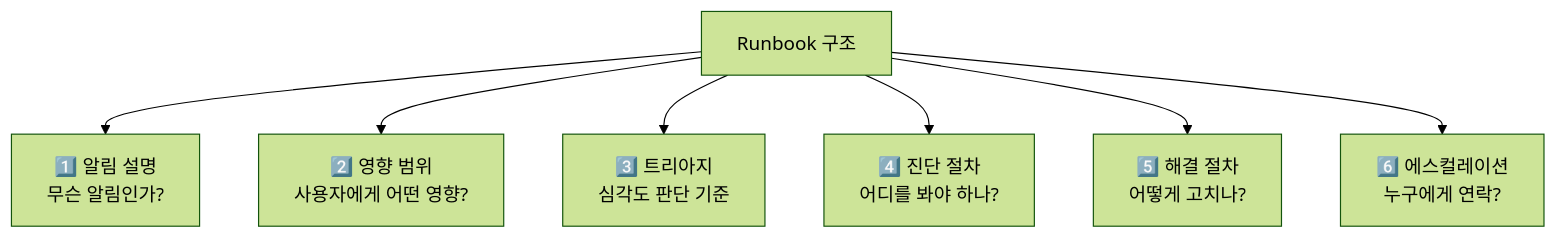
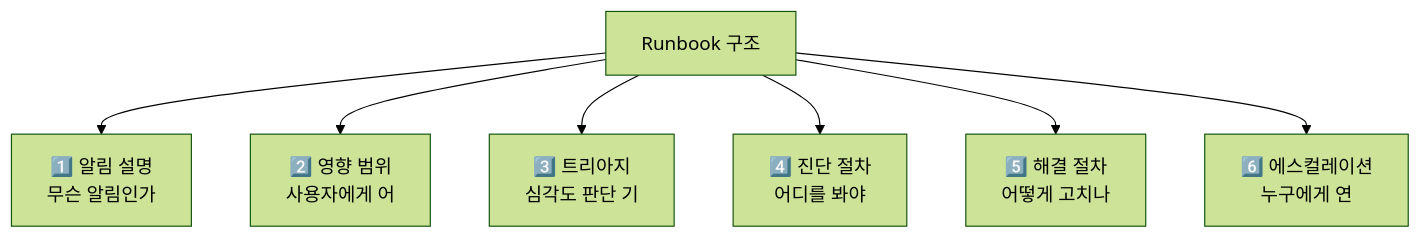
The seventh of 8 diagrams in _posts/monitoring/2026-05-03-sre-golden-signals.md (yjkim2015/yjkim2015.github.io), drawn with Mermaid (forest theme) before and after one commit. The commit also changed other lines of this file and 271 other files, not shown here.

First line of the commit message:
Mermaid 라벨 축소: 긴 노드 텍스트 18자 이하로 트림 + \n 제거

````diff
--- a/_posts/monitoring/2026-05-03-sre-golden-signals.md
+++ b/_posts/monitoring/2026-05-03-sre-golden-signals.md
@@ -450,10 +450,10 @@
 ```mermaid
 graph TD
     RB["Runbook 구조"]
-    RB --> WHAT["1️⃣ 알림 설명\n무슨 알림인가?"]
-    RB --> IMPACT["2️⃣ 영향 범위\n사용자에게 어떤 영향?"]
-    RB --> TRIAGE["3️⃣ 트리아지\n심각도 판단 기준"]
-    RB --> DIAG["4️⃣ 진단 절차\n어디를 봐야 하나?"]
-    RB --> RESOLVE["5️⃣ 해결 절차\n어떻게 고치나?"]
-    RB --> ESCAL["6️⃣ 에스컬레이션\n누구에게 연락?"]
+    RB --> WHAT["1️⃣ 알림 설명\n무슨 알림인가"]
+    RB --> IMPACT["2️⃣ 영향 범위\n사용자에게 어"]
+    RB --> TRIAGE["3️⃣ 트리아지\n심각도 판단 기"]
+    RB --> DIAG["4️⃣ 진단 절차\n어디를 봐야"]
+    RB --> RESOLVE["5️⃣ 해결 절차\n어떻게 고치나"]
+    RB --> ESCAL["6️⃣ 에스컬레이션\n누구에게 연"]
 ```
````
